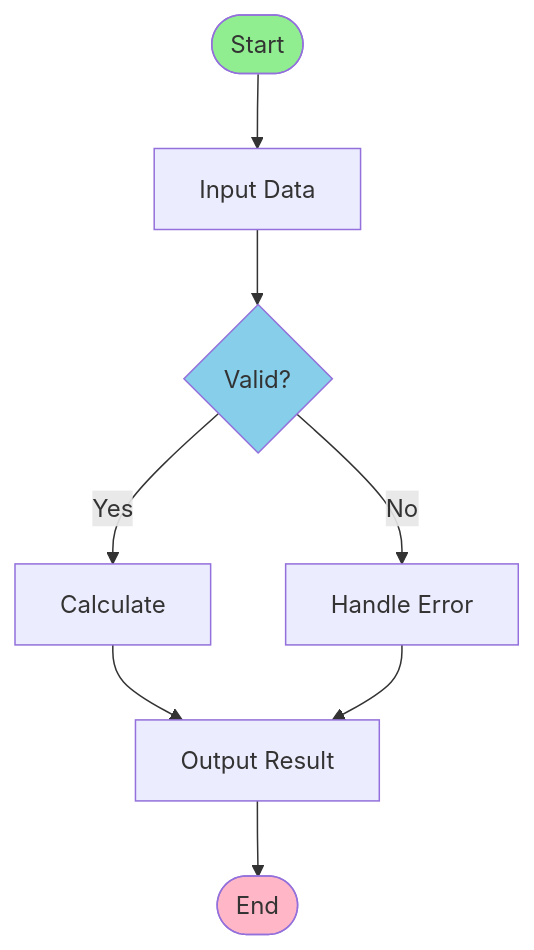
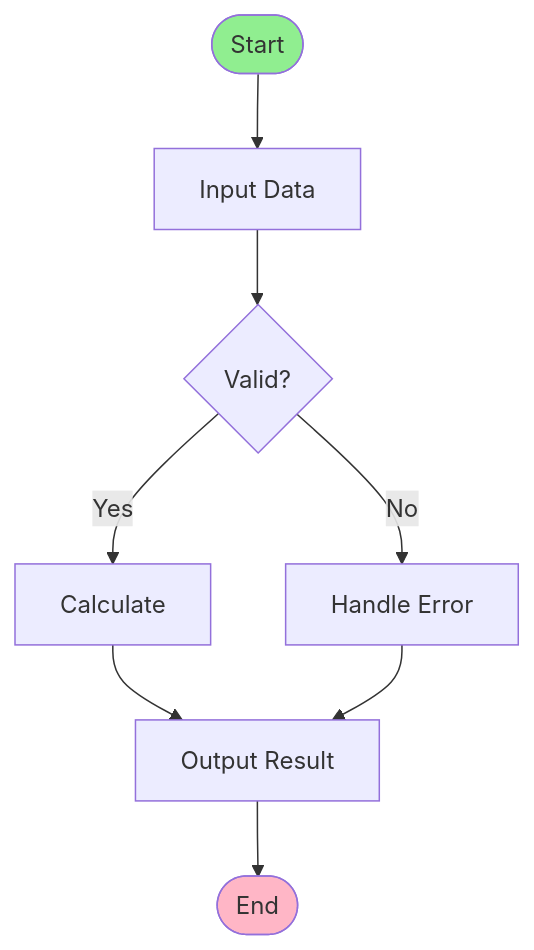
Before and after one commit to modu-ai/moai-adk: the first of 12 diagrams in src/moai_adk/templates/.claude/skills/moai-mermaid-diagram-expert/SKILL.md, drawn with Mermaid. The commit also changed other lines of this file and 182 other files, not shown here.

````diff
--- a/src/moai_adk/templates/.claude/skills/moai-mermaid-diagram-expert/SKILL.md
+++ b/src/moai_adk/templates/.claude/skills/moai-mermaid-diagram-expert/SKILL.md
@@ -116,14 +56,13 @@
 ```mermaid
 flowchart TD
     Start([Start]) --> Input[Input Data]
     Input --> Process{Valid?}
     Process -->|Yes| Calculate[Calculate]
     Process -->|No| Error[Handle Error]
     Calculate --> Output[Output Result]
     Error --> Output
     Output --> End([End])
-    
+
     style Start fill:#90EE90
     style End fill:#FFB6C6
-    style Process fill:#87CEEB
 ```
````
